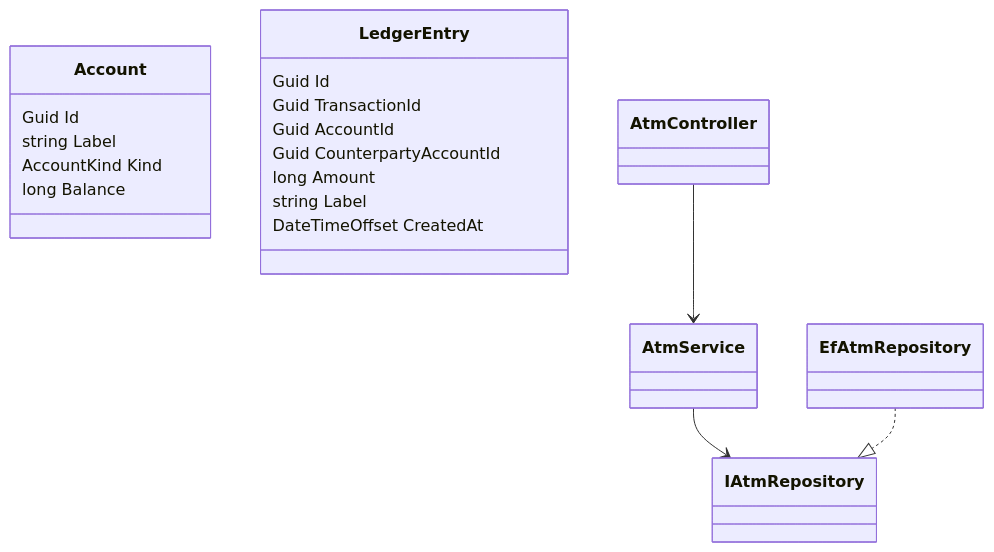
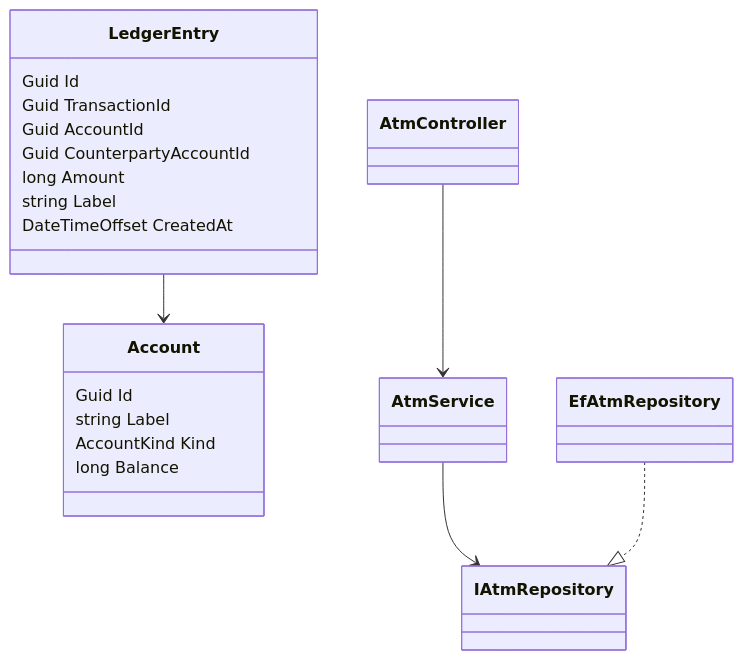
The second of 3 diagrams in docs/architecture.md (ostraat/atm), drawn with Mermaid before and after one commit.

Commit message:
Show LedgerEntry references Account.
Make the class diagram association explicit alongside the AccountId
fields already listed on LedgerEntry.

````diff
--- a/docs/architecture.md
+++ b/docs/architecture.md
@@ -67,26 +67,27 @@
 ```mermaid
 classDiagram
   direction TB
   class Account {
     Guid Id
     string Label
     AccountKind Kind
     long Balance
   }
   class LedgerEntry {
     Guid Id
     Guid TransactionId
     Guid AccountId
     Guid CounterpartyAccountId
     long Amount
     string Label
     DateTimeOffset CreatedAt
   }
   class AtmService
   class IAtmRepository
   class EfAtmRepository
   class AtmController
+  LedgerEntry --> Account
   AtmController --> AtmService
   AtmService --> IAtmRepository
   EfAtmRepository ..|> IAtmRepository
 ```
````
